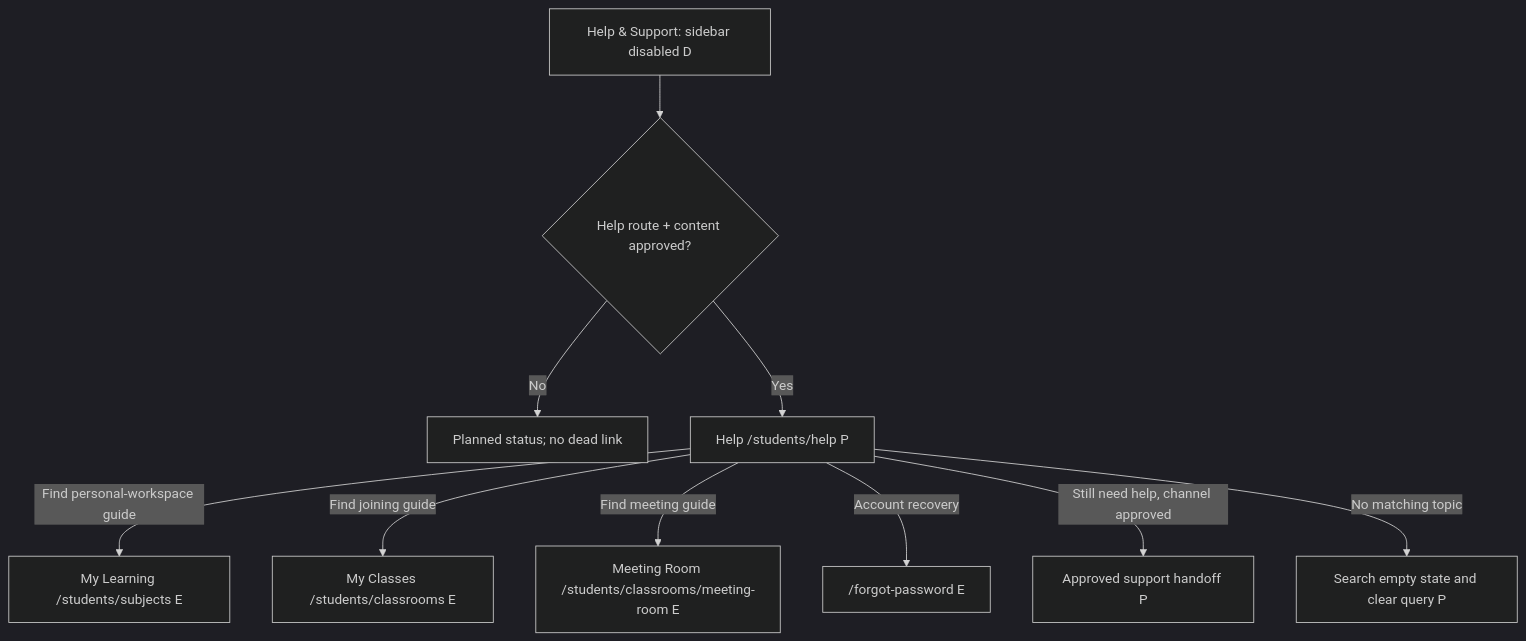
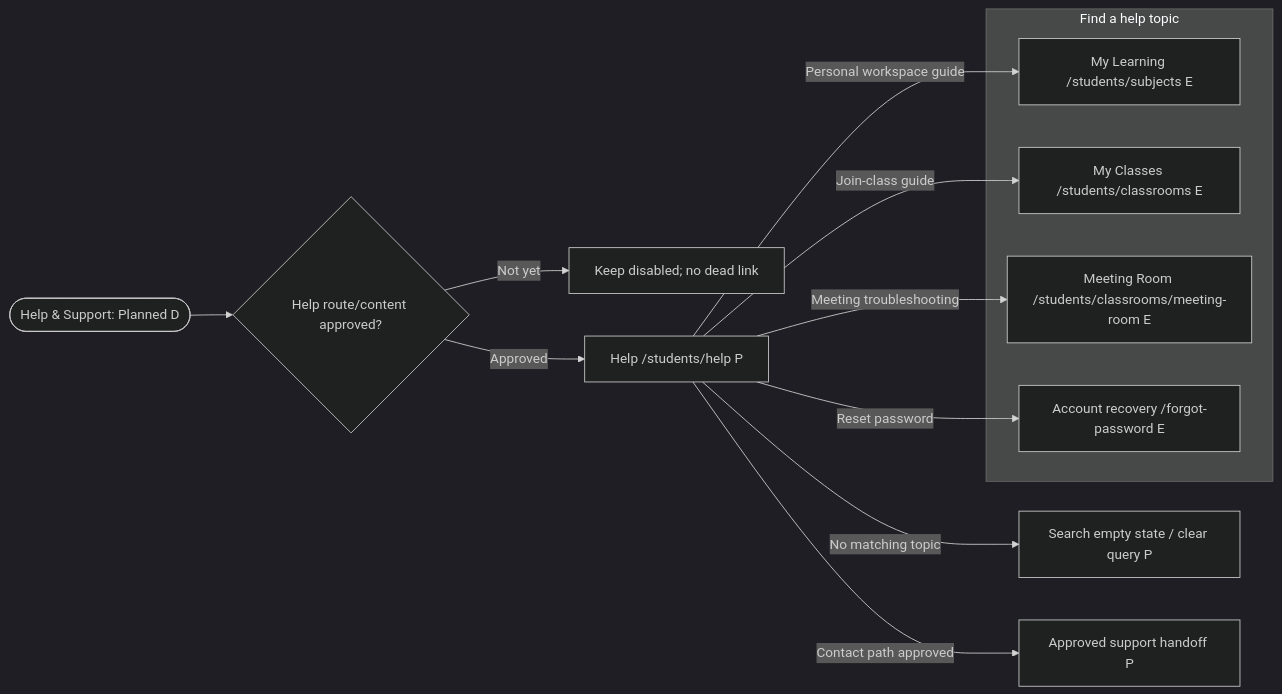
One commit to devCarlJoseph/owlio-app changed diagram 13 of 14 in OWLIO_STUDENT_SIDEBAR_WORKFLOW_PLAN.md. Above: the diagram before and after it, drawn with Mermaid (dark theme). The commit also changed other lines of this file and 1 other file, not shown here.

Commit message:
docs(workflows): render sidebar flows as grouped Mermaid diagrams

````diff
--- a/OWLIO_STUDENT_SIDEBAR_WORKFLOW_PLAN.md
+++ b/OWLIO_STUDENT_SIDEBAR_WORKFLOW_PLAN.md
@@ -554,12 +668,18 @@
 ```mermaid
-flowchart TD
-  D["Help & Support: sidebar disabled D"] --> READY{"Help route + content approved?"}
-  READY -->|"No"| WAIT["Planned status; no dead link"]
-  READY -->|"Yes"| HELP["Help /students/help P"]
-  HELP -->|"Find personal-workspace guide"| LEARN["My Learning /students/subjects E"]
-  HELP -->|"Find joining guide"| CL["My Classes /students/classrooms E"]
-  HELP -->|"Find meeting guide"| ROOM["Meeting Room /students/classrooms/meeting-room E"]
-  HELP -->|"Account recovery"| RECOVER["/forgot-password E"]
-  HELP -->|"Still need help, channel approved"| CONTACT["Approved support handoff P"]
-  HELP -->|"No matching topic"| EMPTY["Search empty state and clear query P"]
+flowchart LR
+  D(["Help & Support: Planned D"]) --> READY{"Help route/content approved?"}
+  READY -->|"Not yet"| WAIT["Keep disabled; no dead link"]
+  READY -->|"Approved"| HELP["Help /students/help P"]
+  subgraph TOPICS["Find a help topic"]
+    LEARN["My Learning /students/subjects E"]
+    CL["My Classes /students/classrooms E"]
+    ROOM["Meeting Room /students/classrooms/meeting-room E"]
+    RECOVER["Account recovery /forgot-password E"]
+  end
+  HELP -->|"Personal workspace guide"| LEARN
+  HELP -->|"Join-class guide"| CL
+  HELP -->|"Meeting troubleshooting"| ROOM
+  HELP -->|"Reset password"| RECOVER
+  HELP -->|"No matching topic"| EMPTY["Search empty state / clear query P"]
+  HELP -->|"Contact path approved"| CONTACT["Approved support handoff P"]
 ```
````
